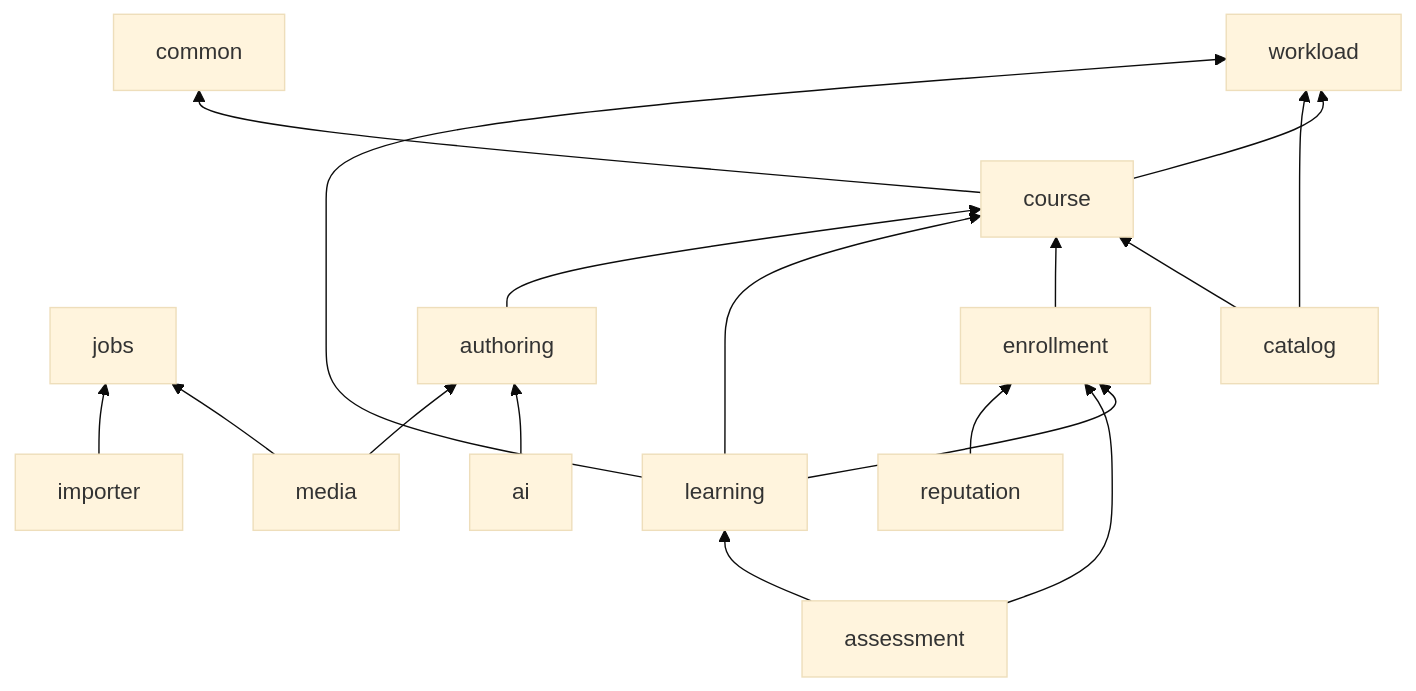
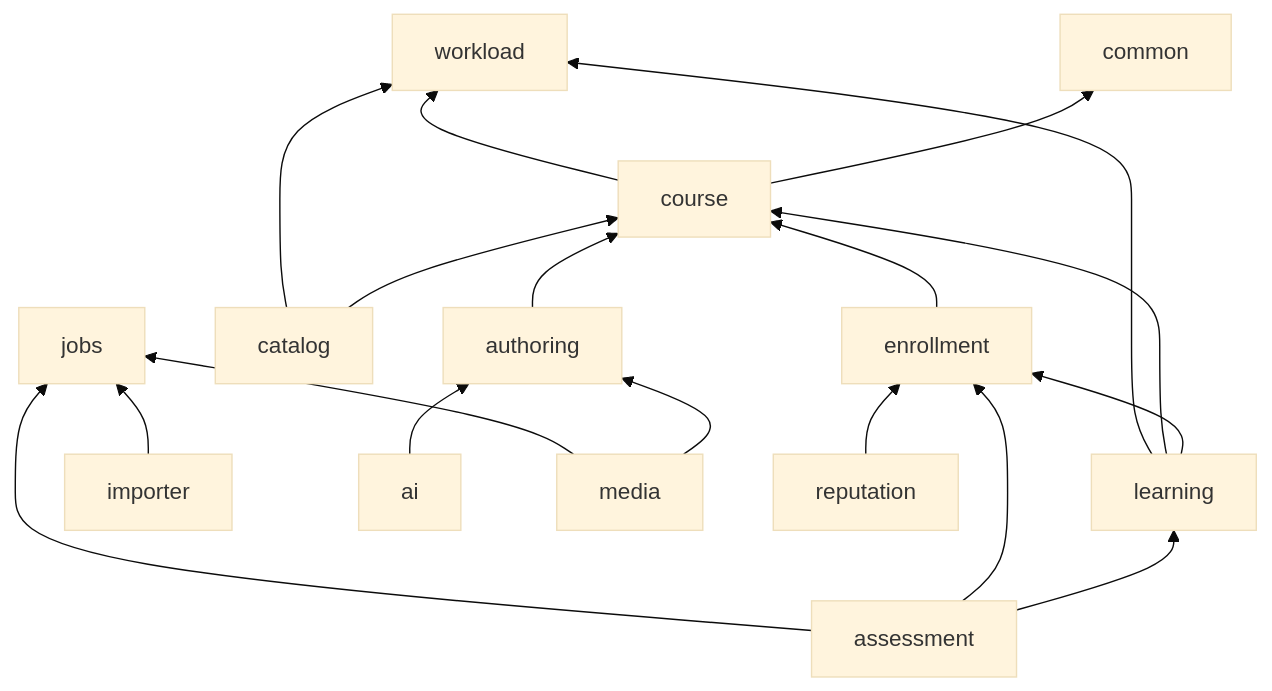
The second of 3 diagrams in docs/architecture/overview.md (wasichai/elearning-backend), drawn with Mermaid (base theme) before and after one commit. The commit also changed 9 other files, not shown here.

````diff
--- a/docs/architecture/overview.md
+++ b/docs/architecture/overview.md
@@ -113,23 +113,24 @@
 ```mermaid
 flowchart BT
     common
     workload
     jobs
     course --> common
     course --> workload
     catalog --> course
     catalog --> workload
     enrollment --> course
     learning --> enrollment
     learning --> course
     learning --> workload
     assessment --> learning
     assessment --> enrollment
+    assessment --> jobs
     authoring --> course
     importer
     ai --> authoring
     media --> authoring
     media --> jobs
     reputation --> enrollment
     importer --> jobs
 ```
````
